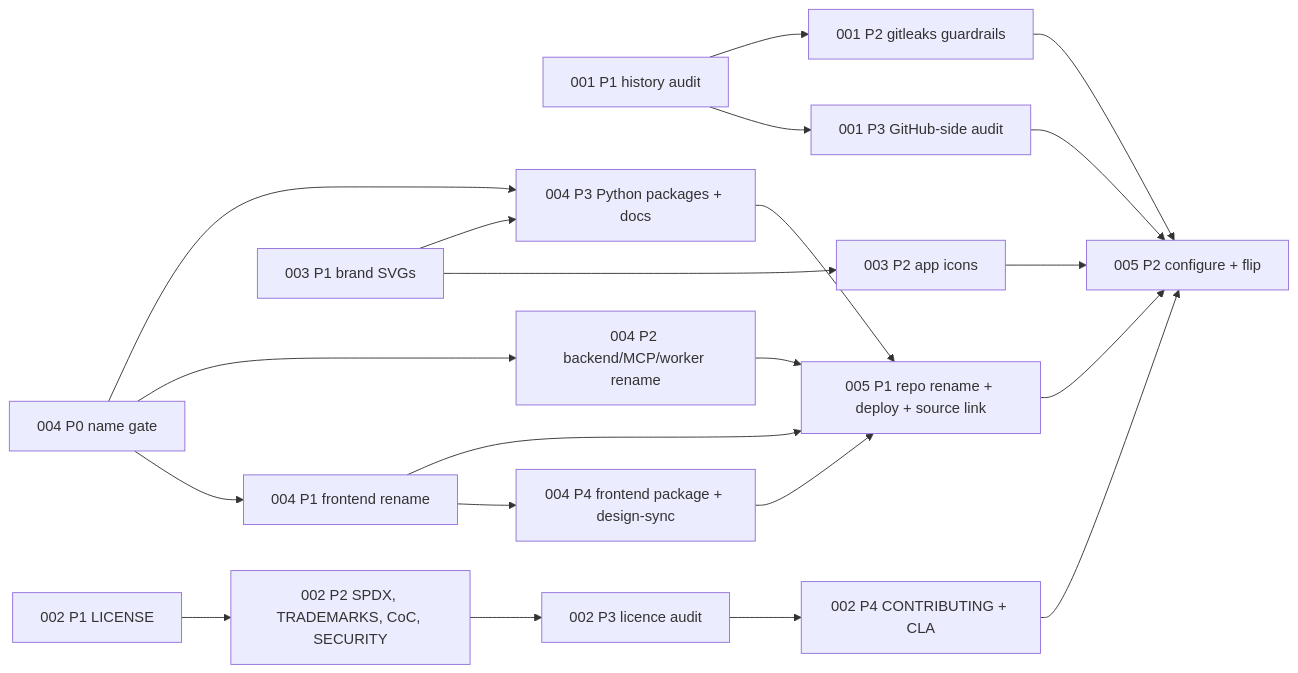
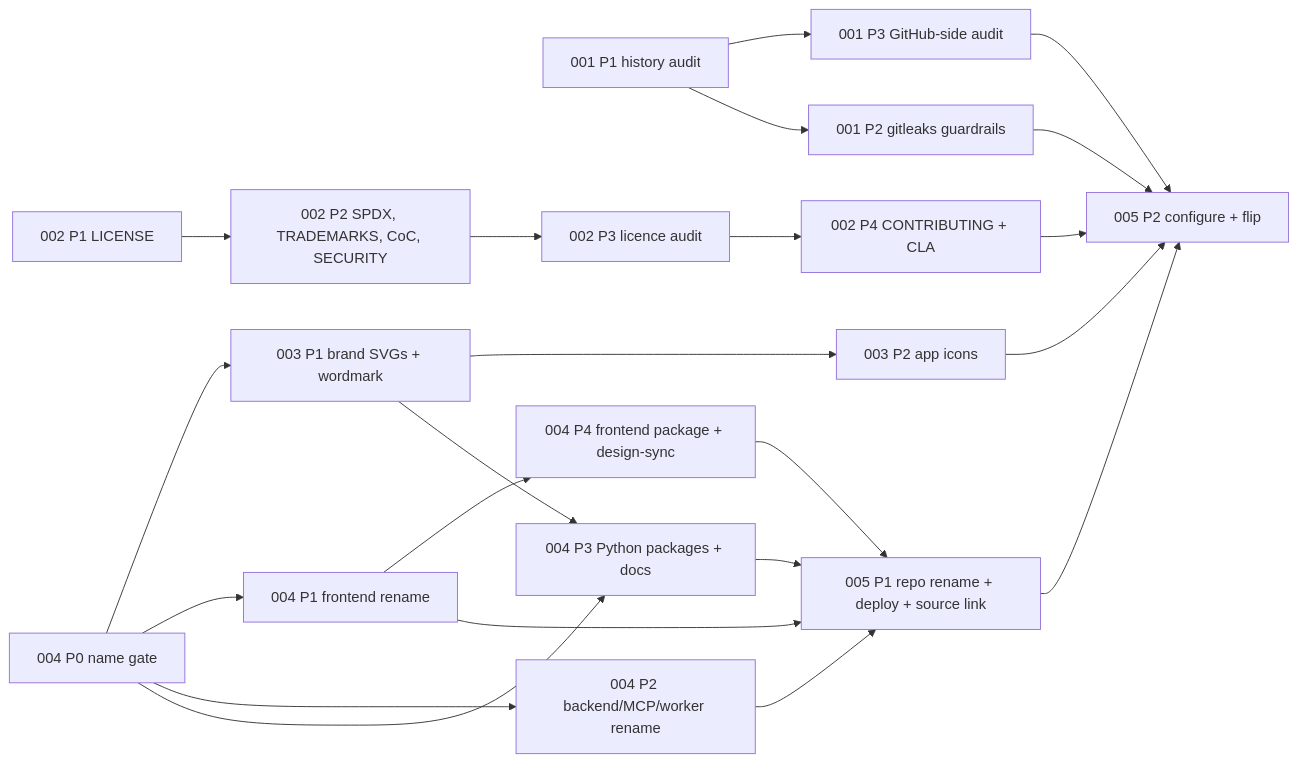
Before and after one commit to hjed/lifecontour: the diagram in docs/tasks/iteration-19-open-source-release-and-branding.md, drawn with Mermaid. The commit also changed other lines of this file and 1 other file, not shown here.

````diff
--- a/docs/tasks/iteration-19-open-source-release-and-branding.md
+++ b/docs/tasks/iteration-19-open-source-release-and-branding.md
@@ -207,14 +210,15 @@
 ```mermaid
 flowchart LR
   A1[001 P1 history audit] --> A3[001 P3 GitHub-side audit]
   A1 --> A2[001 P2 gitleaks guardrails]
   B1[002 P1 LICENSE] --> B2[002 P2 SPDX, TRADEMARKS, CoC, SECURITY] --> B3[002 P3 licence audit] --> B4[002 P4 CONTRIBUTING + CLA]
-  C1[003 P1 brand SVGs] --> C2[003 P2 app icons]
-  G[004 P0 name gate] --> D1[004 P1 frontend rename]
+  G[004 P0 name gate] --> C1[003 P1 brand SVGs + wordmark]
+  C1 --> C2[003 P2 app icons]
+  G --> D1[004 P1 frontend rename]
   G --> D2[004 P2 backend/MCP/worker rename]
   C1 --> D3[004 P3 Python packages + docs]
   G --> D3
   D1 --> D4[004 P4 frontend package + design-sync]
   D1 & D2 & D3 & D4 --> E1[005 P1 repo rename + deploy + source link]
   A2 & A3 & B4 & C2 & E1 --> E2[005 P2 configure + flip]
 ```
````
